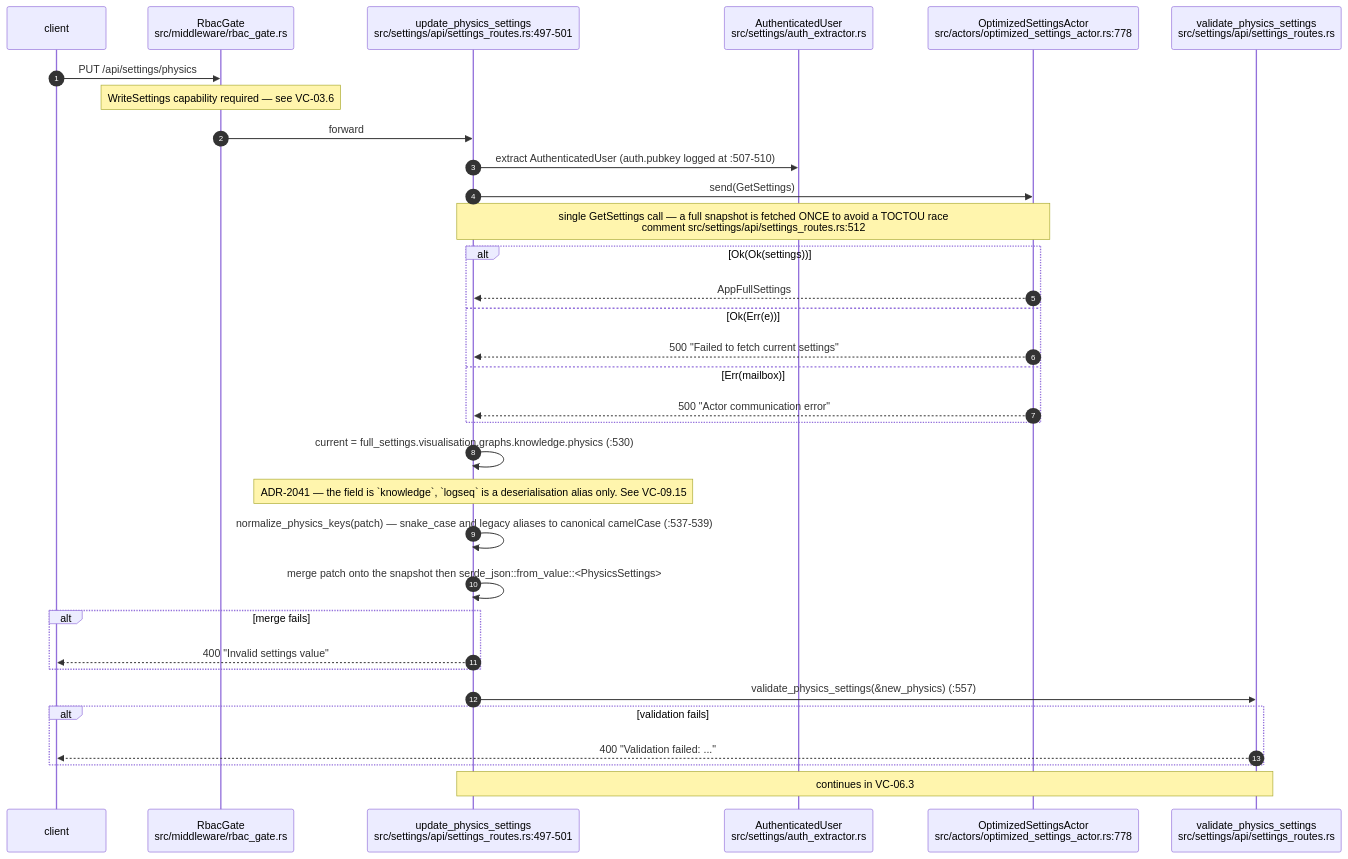
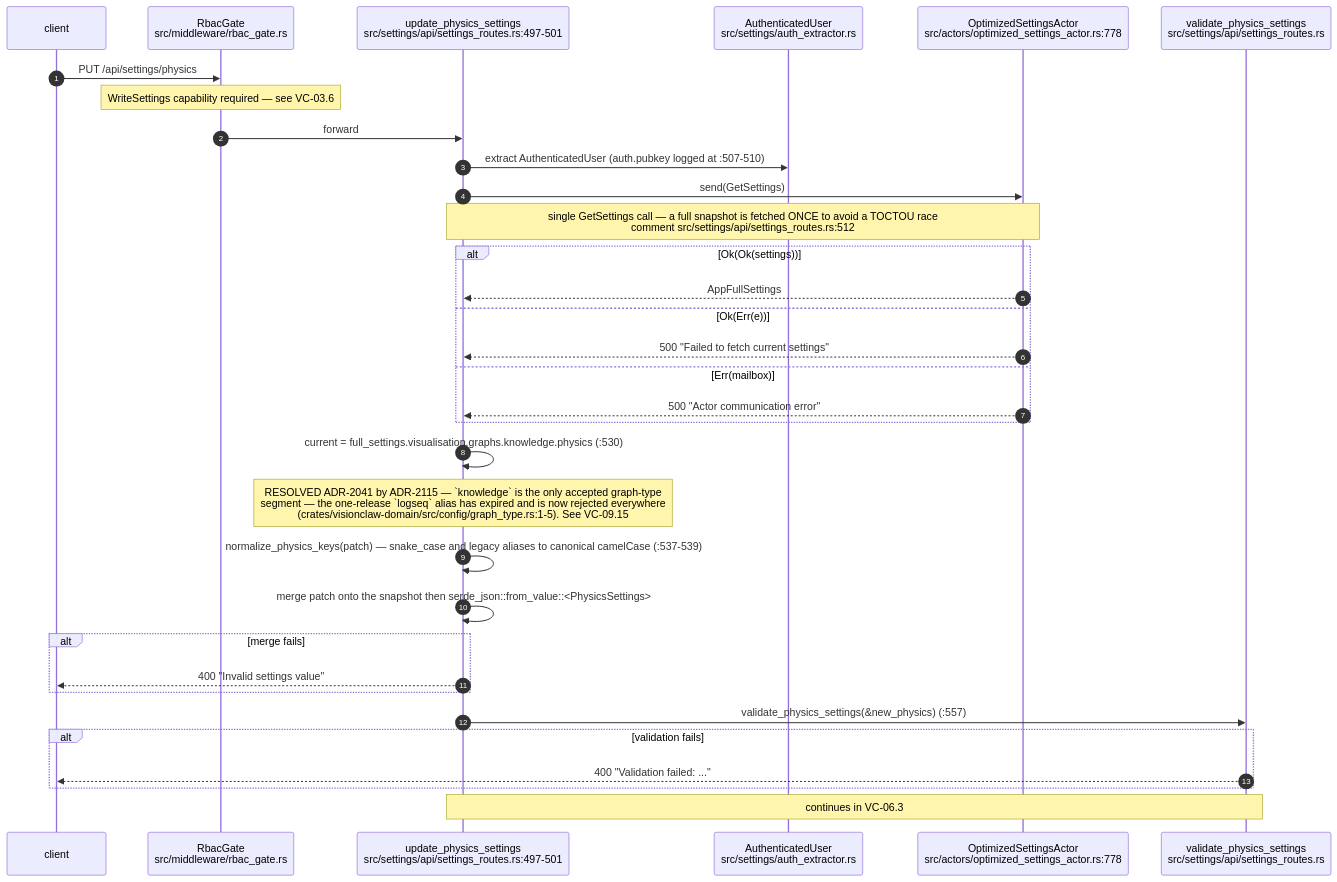
Before and after one commit to DreamLab-AI/VisionFlow: the second of 8 diagrams in docs/diagrams/visionclaw/06-settings-round-trip.md, drawn with Mermaid. The commit also changed other lines of this file and 136 other files, not shown here.

First line of the commit message:
docs(diagrams): refresh the whole corpus to code HEAD and prune low-value diagrams

````diff
--- a/docs/diagrams/visionclaw/06-settings-round-trip.md
+++ b/docs/diagrams/visionclaw/06-settings-round-trip.md
@@ -59,36 +58,36 @@
 ```mermaid
 sequenceDiagram
     autonumber
     participant CL as client
     participant RG as RbacGate<br/>src/middleware/rbac_gate.rs
     participant H as update_physics_settings<br/>src/settings/api/settings_routes.rs:497-501
     participant AU as AuthenticatedUser<br/>src/settings/auth_extractor.rs
     participant SA as OptimizedSettingsActor<br/>src/actors/optimized_settings_actor.rs:778
     participant VA as validate_physics_settings<br/>src/settings/api/settings_routes.rs
 
     CL->>RG: PUT /api/settings/physics
     Note over RG: WriteSettings capability required — see VC-03.6
     RG->>H: forward
     H->>AU: extract AuthenticatedUser (auth.pubkey logged at :507-510)
     H->>SA: send(GetSettings)
     Note over H,SA: single GetSettings call — a full snapshot is fetched ONCE to avoid a TOCTOU race<br/>comment src/settings/api/settings_routes.rs:512
     alt Ok(Ok(settings))
         SA-->>H: AppFullSettings
     else Ok(Err(e))
         SA-->>H: 500 "Failed to fetch current settings"
     else Err(mailbox)
         SA-->>H: 500 "Actor communication error"
     end
     H->>H: current = full_settings.visualisation.graphs.knowledge.physics (:530)
-    Note over H: ADR-2041 — the field is `knowledge`, `logseq` is a deserialisation alias only. See VC-09.15
+    Note over H: RESOLVED ADR-2041 by ADR-2115 — `knowledge` is the only accepted graph-type<br/>segment — the one-release `logseq` alias has expired and is now rejected everywhere<br/>(crates/visionclaw-domain/src/config/graph_type.rs:1-5). See VC-09.15
     H->>H: normalize_physics_keys(patch) — snake_case and legacy aliases to canonical camelCase (:537-539)
     H->>H: merge patch onto the snapshot then serde_json::from_value::<PhysicsSettings>
     alt merge fails
         H-->>CL: 400 "Invalid settings value"
     end
     H->>VA: validate_physics_settings(&new_physics) (:557)
     alt validation fails
         VA-->>CL: 400 "Validation failed: ..."
     end
     Note over H,VA: continues in VC-06.3
 ```
````
